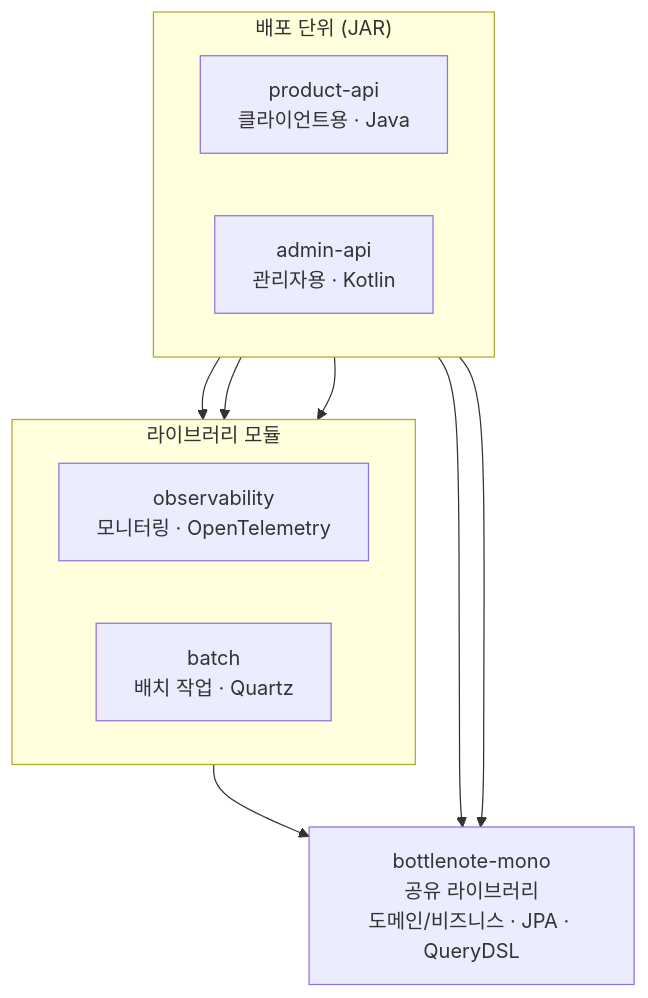
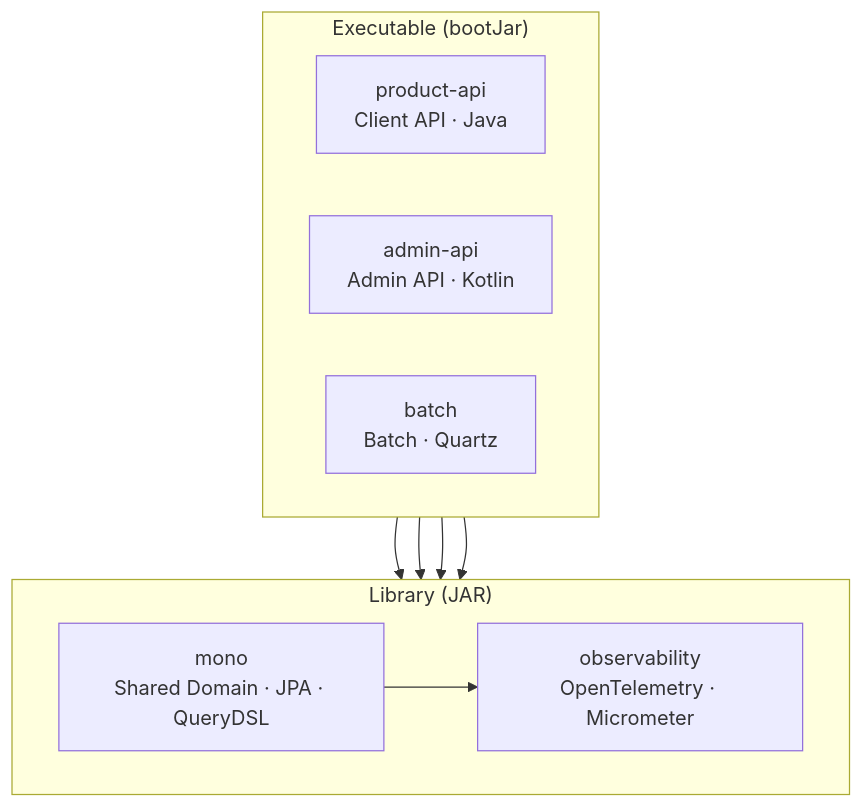
One commit to bottle-note/bottle-note-api-server changed the diagram in CLAUDE.md. Above: the diagram before and after it, drawn with Mermaid. The commit also changed other lines of this file and 3 other files, not shown here.

````diff
--- a/CLAUDE.md
+++ b/CLAUDE.md
@@ -31,20 +29,20 @@
 ```mermaid
 flowchart TD
-    subgraph deploy["배포 단위 (JAR)"]
+    subgraph executable["Executable (bootJar)"]
         direction LR
-        product["product-api<br/>클라이언트용 · Java"]
-        admin["admin-api<br/>관리자용 · Kotlin"]
+        product["product-api<br/>Client API · Java"]
+        admin["admin-api<br/>Admin API · Kotlin"]
+        batch["batch<br/>Batch · Quartz"]
     end
 
-    subgraph libs["라이브러리 모듈"]
+    subgraph library["Library (JAR)"]
         direction LR
-        obs["observability<br/>모니터링 · OpenTelemetry"]
-        batch["batch<br/>배치 작업 · Quartz"]
+        mono["mono<br/>Shared Domain · JPA · QueryDSL"]
+        obs["observability<br/>OpenTelemetry · Micrometer"]
     end
 
-    mono["bottlenote-mono<br/>공유 라이브러리<br/>도메인/비즈니스 · JPA · QueryDSL"]
-
-    product --> obs & batch & mono
-    admin --> obs & mono
+    product --> mono & obs
+    admin --> mono
     batch --> mono
+    mono --> obs
 ```
````
